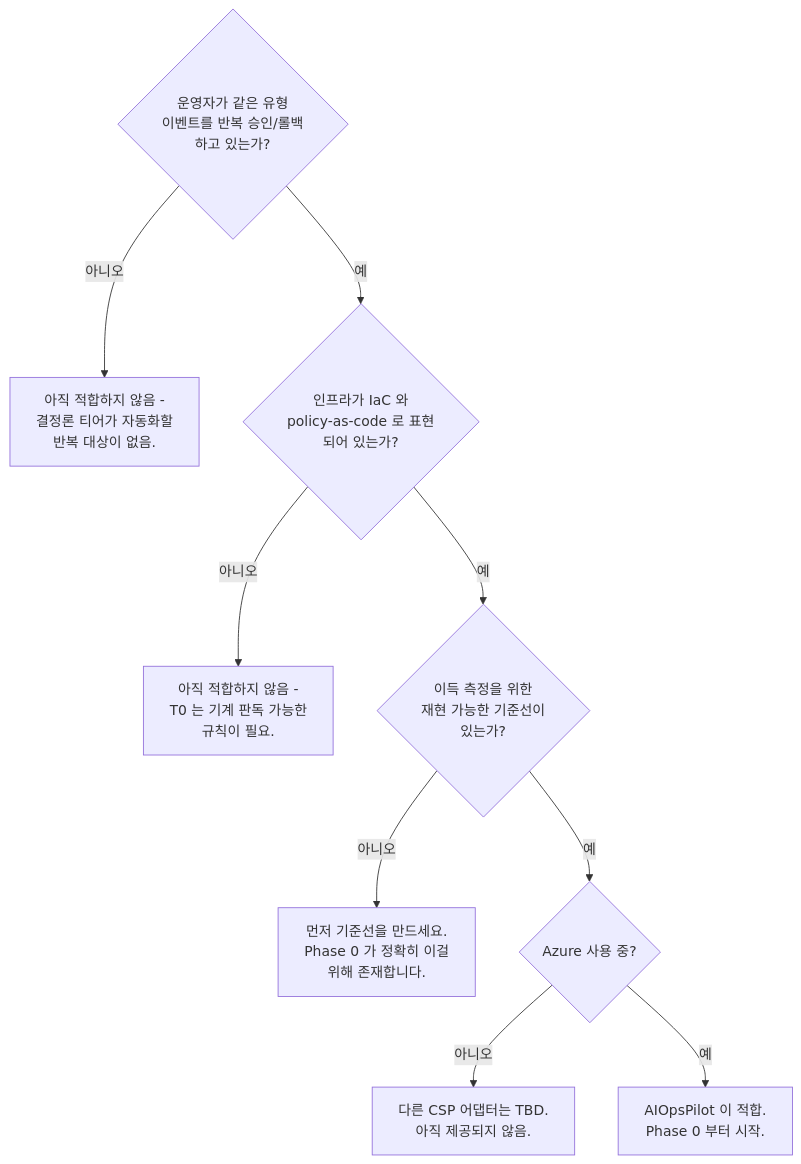
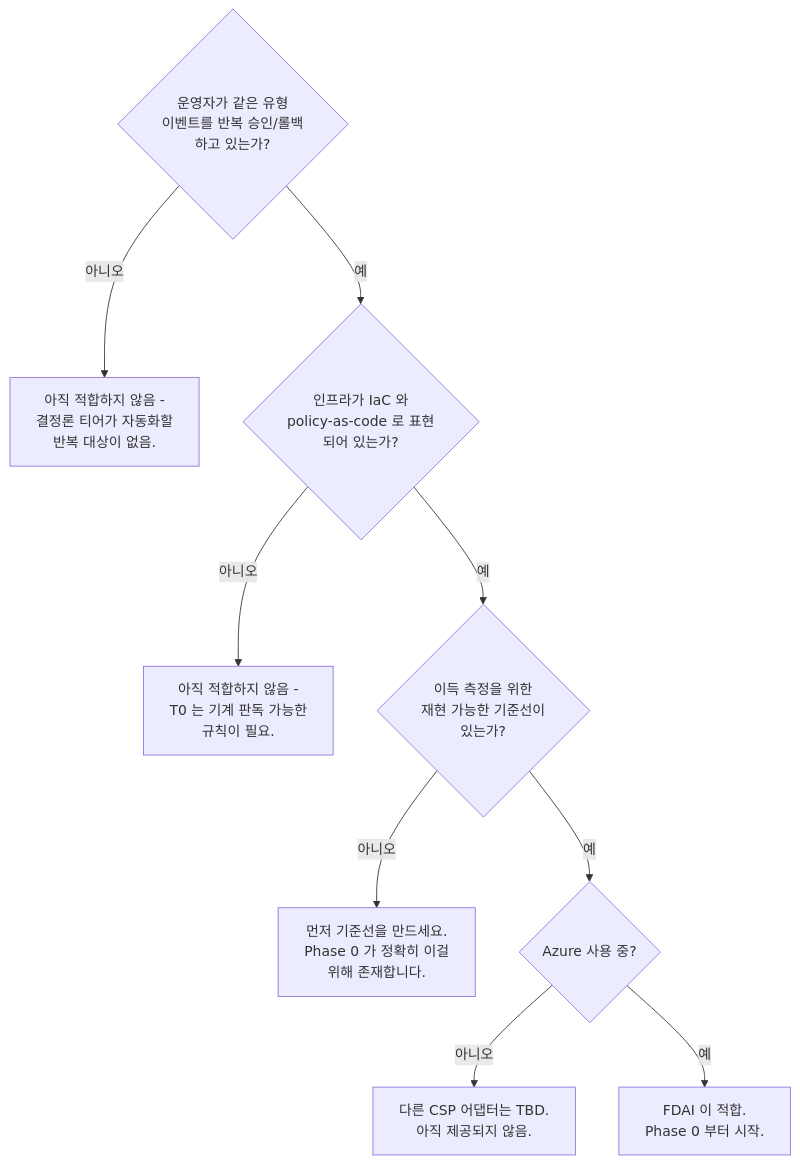
One commit to dotnetpower/azurewatcher changed the diagram in docs/user-guide/get-started-ko.md. Above: the diagram before and after it, drawn with Mermaid. The commit also changed other lines of this file and 931 other files, not shown here.

````diff
--- a/docs/user-guide/get-started-ko.md
+++ b/docs/user-guide/get-started-ko.md
@@ -77,12 +77,12 @@
 ```mermaid
 flowchart TB
   Q1{운영자가 같은 유형<br/>이벤트를 반복 승인/롤백<br/>하고 있는가?}
   Q1 -->|아니오| N1[아직 적합하지 않음 -<br/>결정론 티어가 자동화할<br/>반복 대상이 없음.]
   Q1 -->|예| Q2{인프라가 IaC 와<br/>policy-as-code 로 표현<br/>되어 있는가?}
   Q2 -->|아니오| N2[아직 적합하지 않음 -<br/>T0 는 기계 판독 가능한<br/>규칙이 필요.]
   Q2 -->|예| Q3{이득 측정을 위한<br/>재현 가능한 기준선이<br/>있는가?}
   Q3 -->|아니오| N3[먼저 기준선을 만드세요.<br/>Phase 0 가 정확히 이걸<br/>위해 존재합니다.]
   Q3 -->|예| Q4{Azure 사용 중?}
   Q4 -->|아니오| N4[다른 CSP 어댑터는 TBD.<br/>아직 제공되지 않음.]
-  Q4 -->|예| OK[AIOpsPilot 이 적합.<br/>Phase 0 부터 시작.]
+  Q4 -->|예| OK[FDAI 이 적합.<br/>Phase 0 부터 시작.]
 ```
````
